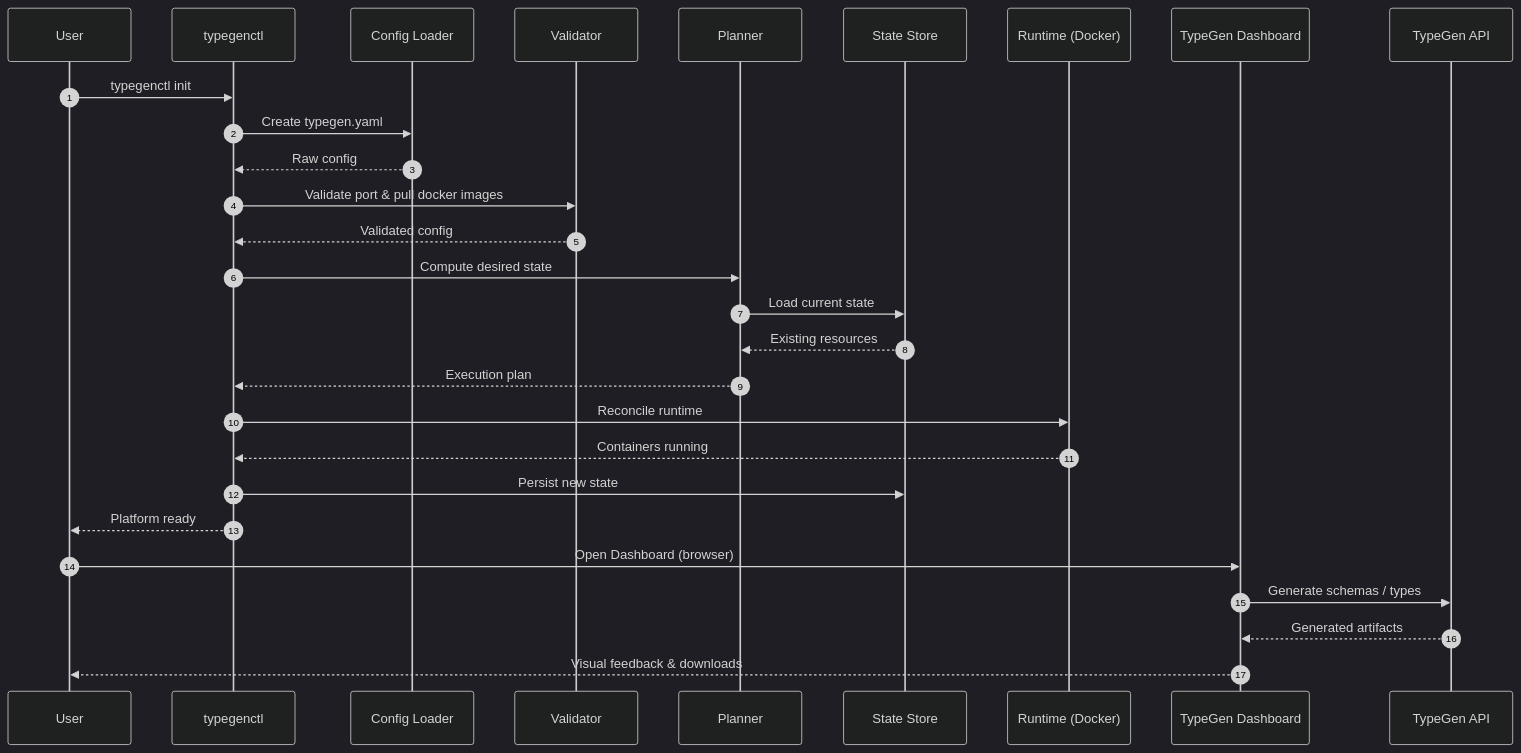
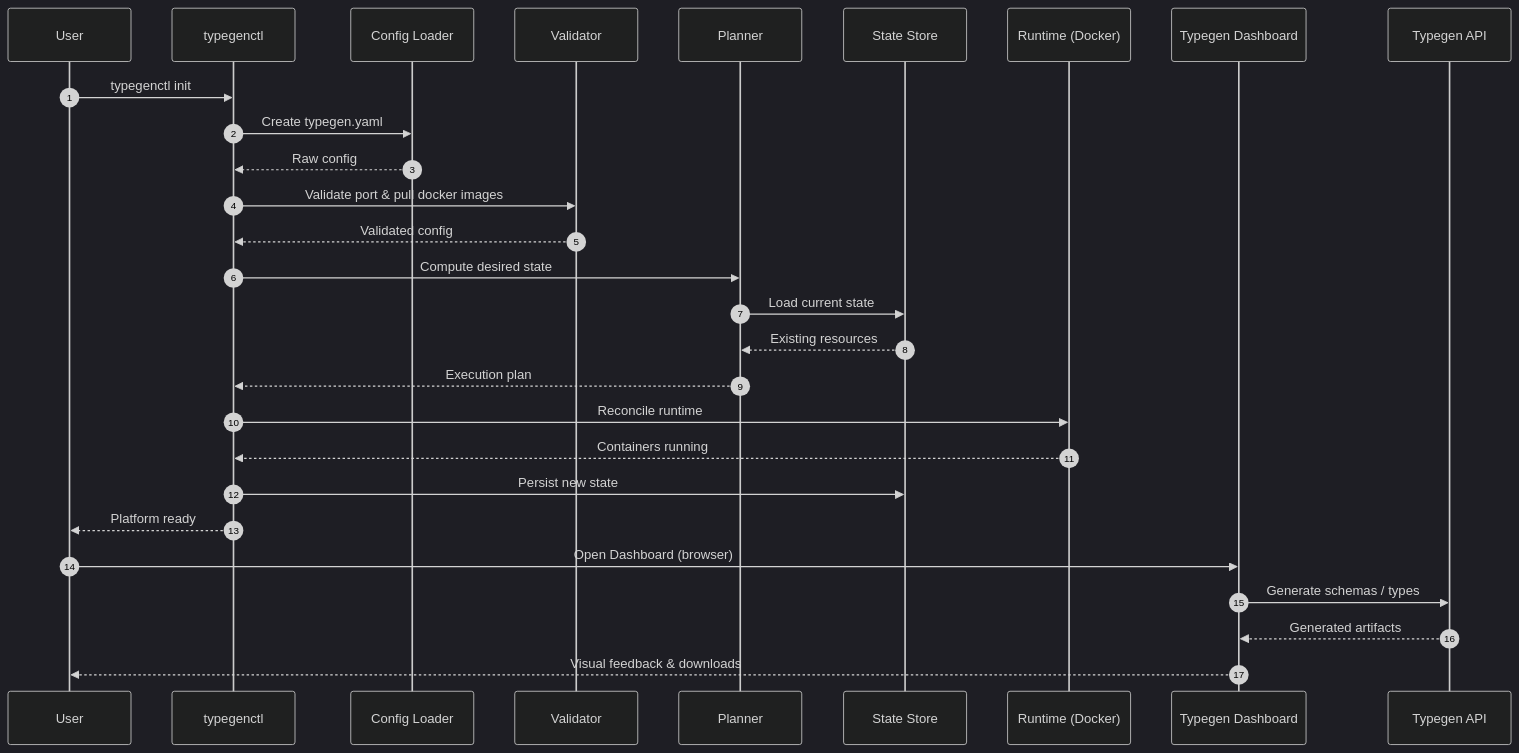
One commit to khanalsaroj/testing-repo changed the second of 2 diagrams in typegen-cli.md. Above: the diagram before and after it, drawn with Mermaid (dark theme). The commit also changed other lines of this file and 2 other files, not shown here.

Commit message:
Standardize naming conventions for "Typegen" across documentation and update references to align with recent terminology changes.

````diff
--- a/typegen-cli.md
+++ b/typegen-cli.md
@@ -109,34 +109,34 @@
 ```mermaid
 sequenceDiagram
     autonumber
 %% Actors
     participant U as User
     participant CLI as typegenctl
     participant CFG as Config Loader
     participant VAL as Validator
     participant PLAN as Planner
     participant STATE as State Store
     participant RT as Runtime (Docker)
-    participant UI as TypeGen Dashboard
-    participant API as TypeGen API
+    participant UI as Typegen Dashboard
+    participant API as Typegen API
 %% Bootstrap Phase (Control Plane)
     U ->> CLI: typegenctl init
     CLI ->> CFG: Create typegen.yaml
     CFG -->> CLI: Raw config
     CLI ->> VAL: Validate port & pull docker images
     VAL -->> CLI: Validated config
     CLI ->> PLAN: Compute desired state
     PLAN ->> STATE: Load current state
     STATE -->> PLAN: Existing resources
     PLAN -->> CLI: Execution plan
     CLI ->> RT: Reconcile runtime
     RT -->> CLI: Containers running
     CLI ->> STATE: Persist new state
     CLI -->> U: Platform ready
 %% Runtime Usage Phase (Data Plane)
     U ->> UI: Open Dashboard (browser)
     UI ->> API: Generate schemas / types
     API -->> UI: Generated artifacts
     UI -->> U: Visual feedback & downloads
 
 ```
````
